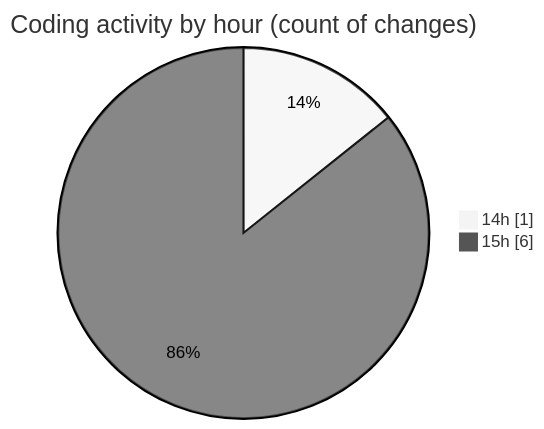
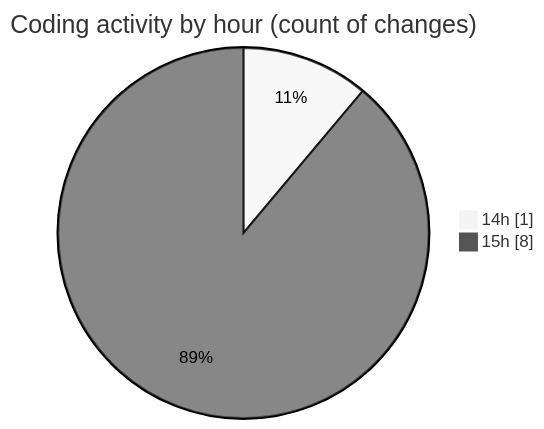
The second of 2 diagrams in 2025-06-07/www/README.md (vahidmafi/code-tracking), drawn with Mermaid (neutral theme) before and after one commit. The commit also changed other lines of this file and 1 other file, not shown here.

````diff
--- a/2025-06-07/www/README.md
+++ b/2025-06-07/www/README.md
@@ -29,6 +29,6 @@
 ```mermaid
 pie showData
 title Coding activity by hour (count of changes)
 "14h" : 1
-"15h" : 6
+"15h" : 8
 ```
````
